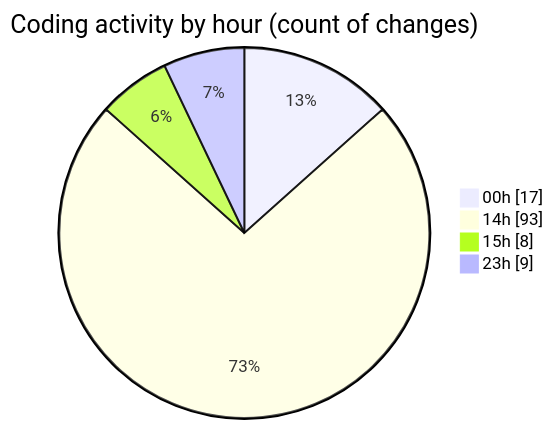
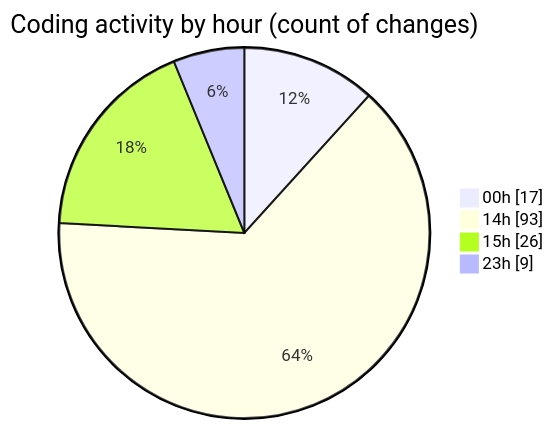
Before and after one commit to Ritupan-Deka/code-tracking: the second of 2 diagrams in 2025-07-20/mern-workoutboard/README.md, drawn with Mermaid. The commit also changed other lines of this file and 1 other file, not shown here.

````diff
--- a/2025-07-20/mern-workoutboard/README.md
+++ b/2025-07-20/mern-workoutboard/README.md
@@ -33,8 +33,8 @@
 ```mermaid
 pie showData
 title Coding activity by hour (count of changes)
 "00h" : 17
 "14h" : 93
-"15h" : 8
+"15h" : 26
 "23h" : 9
 ```
````
